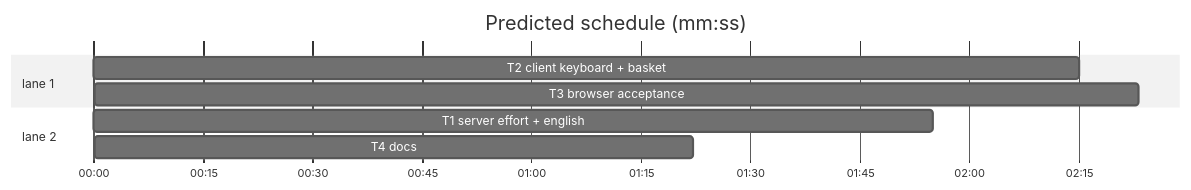
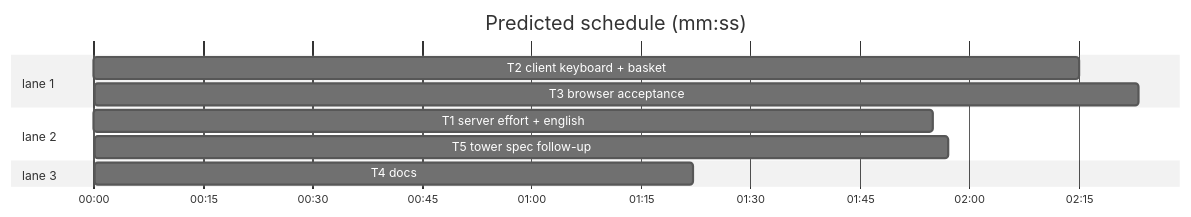
One commit to williambrach/AgentVerse changed the third of 3 diagrams in docs/plans/2026-10-29-override-tuneups.md. Above: the diagram before and after it, drawn with Mermaid (neutral theme). The commit also changed other lines of this file, not shown here.

Commit message:
docs(override): tune-ups plan, T5 tower spec follow-up

````diff
--- a/docs/plans/2026-10-29-override-tuneups.md
+++ b/docs/plans/2026-10-29-override-tuneups.md
@@ -50,13 +52,15 @@
 ```mermaid
 %% schedule
 gantt
   title Predicted schedule (mm:ss)
   dateFormat X
   axisFormat %M:%S
   section lane 1
   T2 client keyboard + basket :t2, 0, 135s
   T3 browser acceptance :t3, 135, 143s
   section lane 2
   T1 server effort + english :t1, 0, 115s
+  T5 tower spec follow-up :t5, 135, 117s
+  section lane 3
   T4 docs :t4, 135, 82s
 ```
````
